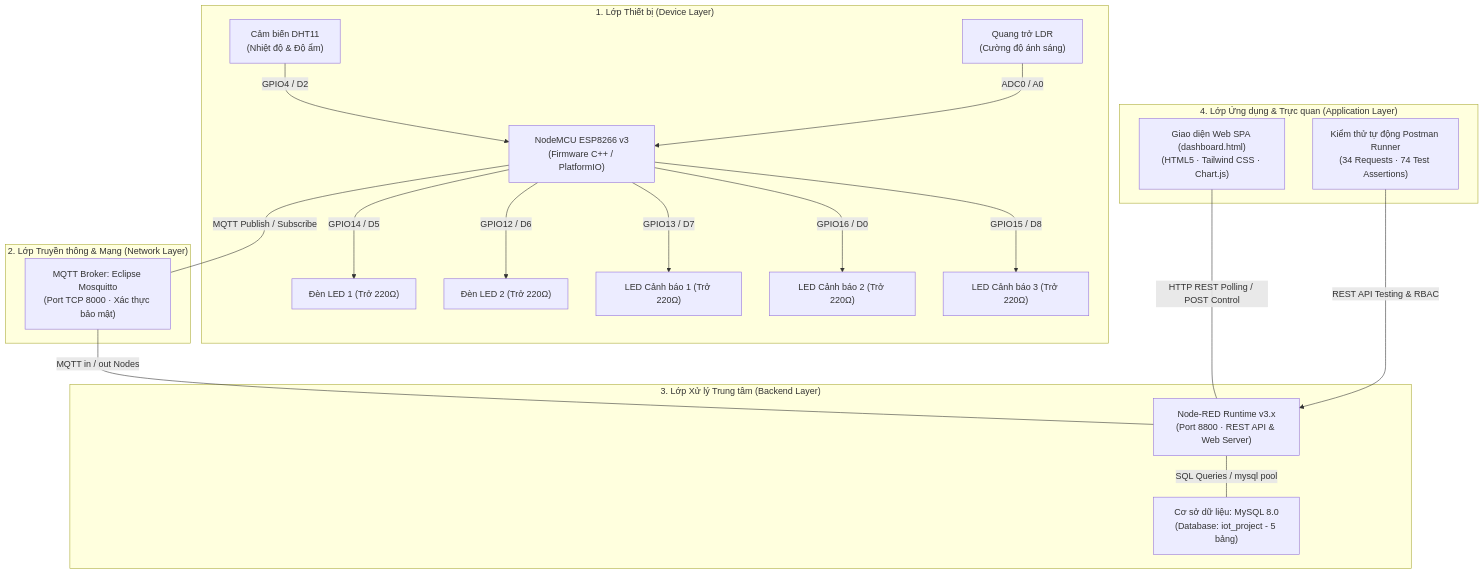
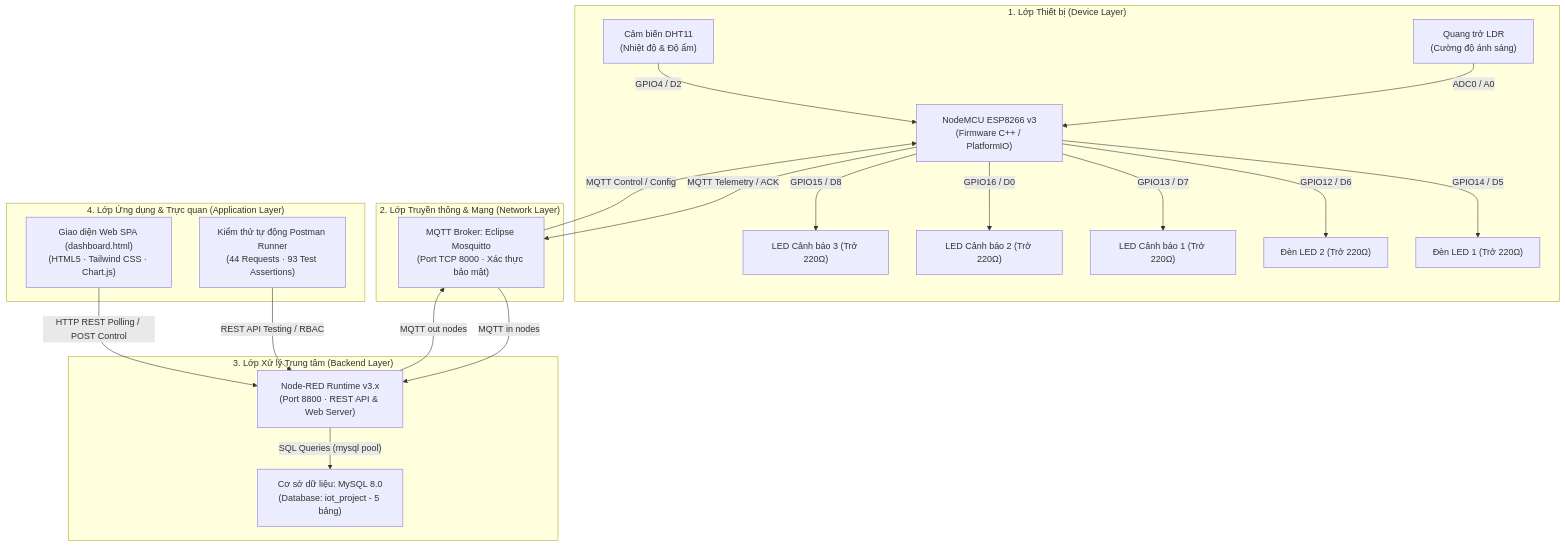
The first of 2 diagrams in README.md (trieunguyenminhtan-ops/iot_project), drawn with Mermaid before and after one commit. The commit also changed other lines of this file and 7 other files, not shown here.

Commit message:
feat: Add threshold editing, full-width LED boxes, sensor-types API, migration 002, and fix README Mermaid & math display

````diff
--- a/README.md
+++ b/README.md
@@ -24,32 +24,34 @@
 ```mermaid
 flowchart TD
     subgraph Device_Layer ["1. Lớp Thiết bị (Device Layer)"]
         DHT11["Cảm biến DHT11<br/>(Nhiệt độ & Độ ẩm)"] -->|GPIO4 / D2| NodeMCU["NodeMCU ESP8266 v3<br/>(Firmware C++ / PlatformIO)"]
         LDR["Quang trở LDR<br/>(Cường độ ánh sáng)"] -->|ADC0 / A0| NodeMCU
-        NodeMCU -->|GPIO14 / D5| LED1["Đèn LED 1 (Trở 220Ω)"]
-        NodeMCU -->|GPIO12 / D6| LED2["Đèn LED 2 (Trở 220Ω)"]
-        NodeMCU -->|GPIO13 / D7| ALERT_LED1["LED Cảnh báo 1 (Trở 220Ω)"]
-        NodeMCU -->|GPIO16 / D0| ALERT_LED2["LED Cảnh báo 2 (Trở 220Ω)"]
-        NodeMCU -->|GPIO15 / D8| ALERT_LED3["LED Cảnh báo 3 (Trở 220Ω)"]
+    NodeMCU -->|GPIO14 / D5| LED1["Đèn LED 1 (Trở 220Ω)"]
+    NodeMCU -->|GPIO12 / D6| LED2["Đèn LED 2 (Trở 220Ω)"]
+    NodeMCU -->|GPIO13 / D7| ALERT_LED1["LED Cảnh báo 1 (Trở 220Ω)"]
+    NodeMCU -->|GPIO16 / D0| ALERT_LED2["LED Cảnh báo 2 (Trở 220Ω)"]
+    NodeMCU -->|GPIO15 / D8| ALERT_LED3["LED Cảnh báo 3 (Trở 220Ω)"]
     end
 
     subgraph Network_Layer ["2. Lớp Truyền thông & Mạng (Network Layer)"]
         Broker["MQTT Broker: Eclipse Mosquitto<br/>(Port TCP 8000 · Xác thực bảo mật)"]
     end
 
     subgraph Middleware_Layer ["3. Lớp Xử lý Trung tâm (Backend Layer)"]
         NodeRED["Node-RED Runtime v3.x<br/>(Port 8800 · REST API & Web Server)"]
         DB["Cơ sở dữ liệu: MySQL 8.0<br/>(Database: iot_project - 5 bảng)"]
     end
 
     subgraph Application_Layer ["4. Lớp Ứng dụng & Trực quan (Application Layer)"]
         SPA["Giao diện Web SPA (dashboard.html)<br/>(HTML5 · Tailwind CSS · Chart.js)"]
-        Postman["Kiểm thử tự động Postman Runner<br/>(34 Requests · 74 Test Assertions)"]
+        Postman["Kiểm thử tự động Postman Runner<br/>(44 Requests · 93 Test Assertions)"]
     end
 
-    NodeMCU ---|"MQTT Publish / Subscribe"| Broker
-    Broker ---|"MQTT in / out Nodes"| NodeRED
-    NodeRED ---|"SQL Queries / mysql pool"| DB
-    SPA ---|"HTTP REST Polling / POST Control"| NodeRED
-    Postman --->|"REST API Testing & RBAC"| NodeRED
+    NodeMCU -->|"MQTT Telemetry / ACK"| Broker
+    Broker -->|"MQTT Control / Config"| NodeMCU
+    Broker -->|"MQTT in nodes"| NodeRED
+    NodeRED -->|"MQTT out nodes"| Broker
+    NodeRED -->|"SQL Queries (mysql pool)"| DB
+    SPA -->|"HTTP REST Polling / POST Control"| NodeRED
+    Postman -->|"REST API Testing / RBAC"| NodeRED
 ```
````
